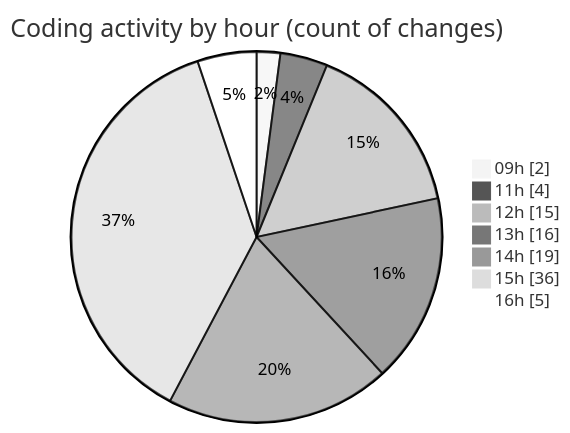
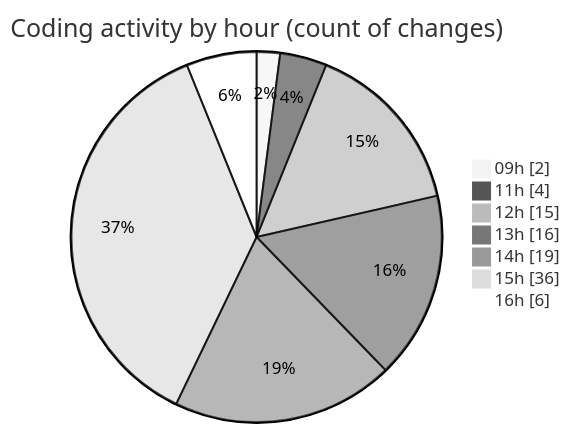
Before and after one commit to Elitesun/code-tracking: the second of 2 diagrams in 2025-04-30/niten/README.md, drawn with Mermaid (neutral theme). The commit also changed other lines of this file and 1 other file, not shown here.

````diff
--- a/2025-04-30/niten/README.md
+++ b/2025-04-30/niten/README.md
@@ -56,11 +56,11 @@
 ```mermaid
 pie showData
 title Coding activity by hour (count of changes)
 "09h" : 2
 "11h" : 4
 "12h" : 15
 "13h" : 16
 "14h" : 19
 "15h" : 36
-"16h" : 5
+"16h" : 6
 ```
````
